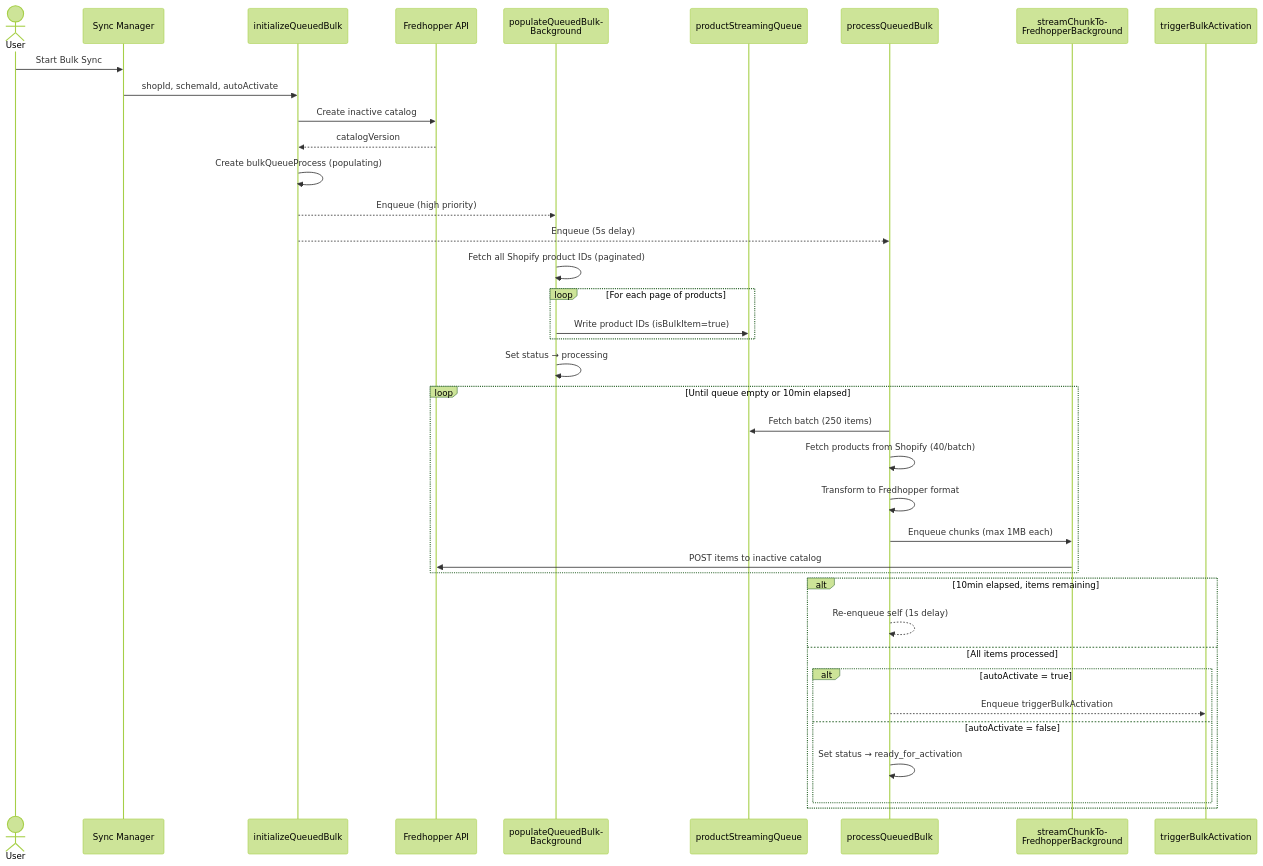
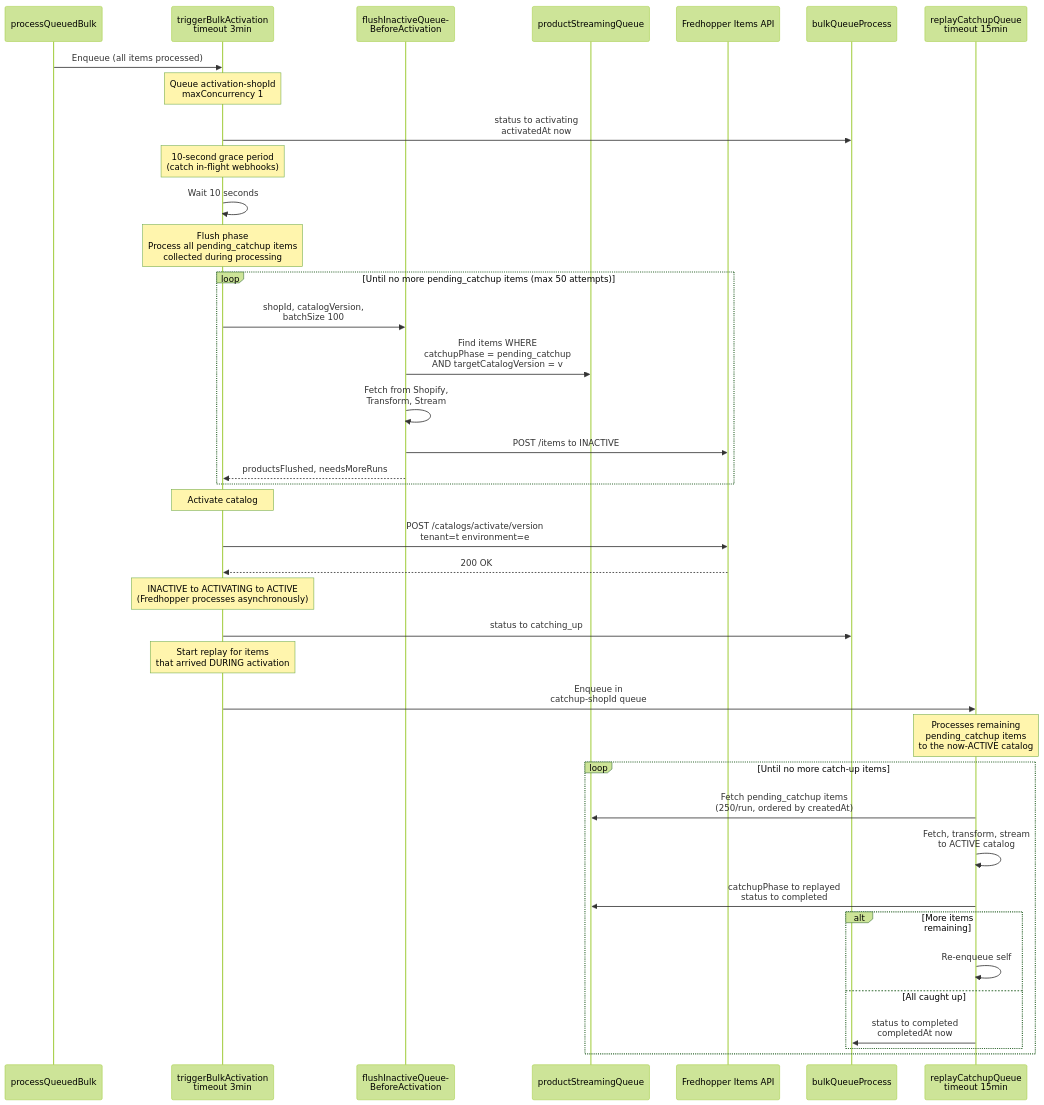
The eighth of 18 diagrams in fredhopper/fhr-shopify-app/architecture/README.md (Crownpeak/best-practices), drawn with Mermaid (forest theme) before and after one commit. The commit also changed other lines of this file and 1 other file, not shown here.

First line of the commit message:
docs: 📝 update README with improved architecture overview and diagram adjustments

````diff
--- a/fredhopper/fhr-shopify-app/architecture/README.md
+++ b/fredhopper/fhr-shopify-app/architecture/README.md
@@ -129,44 +423,56 @@
 ```mermaid
 sequenceDiagram
-    actor User
-    participant SM as Sync Manager
-    participant INIT as initializeQueuedBulk
-    participant FH as Fredhopper API
-    participant POP as populateQueuedBulk-<br/>Background
-    participant Q as productStreamingQueue
     participant PROC as processQueuedBulk
-    participant STREAM as streamChunkTo-<br/>FredhopperBackground
-    participant ACT as triggerBulkActivation
+    participant ACT as triggerBulkActivation<br/>timeout 3min
+    participant FLUSH as flushInactiveQueue-<br/>BeforeActivation
+    participant PSQ as productStreamingQueue
+    participant FH as Fredhopper Items API
+    participant BQP as bulkQueueProcess
+    participant REPLAY as replayCatchupQueue<br/>timeout 15min
 
-    User->>SM: Start Bulk Sync
-    SM->>INIT: shopId, schemaId, autoActivate
-    INIT->>FH: Create inactive catalog
-    FH-->>INIT: catalogVersion
-    INIT->>INIT: Create bulkQueueProcess (populating)
-    INIT-->>POP: Enqueue (high priority)
-    INIT-->>PROC: Enqueue (5s delay)
+    PROC ->> ACT: Enqueue (all items processed)
+    Note over ACT: Queue activation-shopId<br/>maxConcurrency 1
 
-    POP->>POP: Fetch all Shopify product IDs (paginated)
-    loop For each page of products
-        POP->>Q: Write product IDs (isBulkItem=true)
-    end
-    POP->>POP: Set status → processing
+    ACT ->> BQP: status to activating<br/>activatedAt now
 
-    loop Until queue empty or 10min elapsed
-        PROC->>Q: Fetch batch (250 items)
-        PROC->>PROC: Fetch products from Shopify (40/batch)
-        PROC->>PROC: Transform to Fredhopper format
-        PROC->>STREAM: Enqueue chunks (max 1MB each)
-        STREAM->>FH: POST items to inactive catalog
+    Note over ACT: 10-second grace period<br/>(catch in-flight webhooks)
+
+    ACT ->> ACT: Wait 10 seconds
+
+    Note over ACT: Flush phase<br/>Process all pending_catchup items<br/>collected during processing
+
+    loop Until no more pending_catchup items (max 50 attempts)
+        ACT ->> FLUSH: shopId, catalogVersion,<br/>batchSize 100
+        FLUSH ->> PSQ: Find items WHERE<br/>catchupPhase = pending_catchup<br/>AND targetCatalogVersion = v
+        FLUSH ->> FLUSH: Fetch from Shopify,<br/>Transform, Stream
+        FLUSH ->> FH: POST /items to INACTIVE
+        FLUSH -->> ACT: productsFlushed, needsMoreRuns
     end
 
-    alt 10min elapsed, items remaining
-        PROC-->>PROC: Re-enqueue self (1s delay)
-    else All items processed
-        alt autoActivate = true
-            PROC-->>ACT: Enqueue triggerBulkActivation
-        else autoActivate = false
-            PROC->>PROC: Set status → ready_for_activation
+    Note over ACT: Activate catalog
+
+    ACT ->> FH: POST /catalogs/activate/version<br/>tenant=t environment=e
+    FH -->> ACT: 200 OK
+
+    Note over ACT: INACTIVE to ACTIVATING to ACTIVE<br/>(Fredhopper processes asynchronously)
+
+    ACT ->> BQP: status to catching_up
+
+    Note over ACT: Start replay for items<br/>that arrived DURING activation
+
+    ACT ->> REPLAY: Enqueue in<br/>catchup-shopId queue
+
+    Note over REPLAY: Processes remaining<br/>pending_catchup items<br/>to the now-ACTIVE catalog
+
+    loop Until no more catch-up items
+        REPLAY ->> PSQ: Fetch pending_catchup items<br/>(250/run, ordered by createdAt)
+        REPLAY ->> REPLAY: Fetch, transform, stream<br/>to ACTIVE catalog
+        REPLAY ->> PSQ: catchupPhase to replayed<br/>status to completed
+
+        alt More items remaining
+            REPLAY ->> REPLAY: Re-enqueue self
+        else All caught up
+            REPLAY ->> BQP: status to completed<br/>completedAt now
         end
     end
 ```
````
